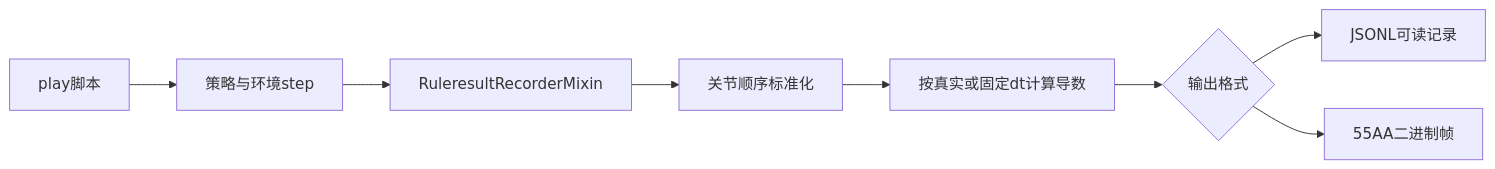
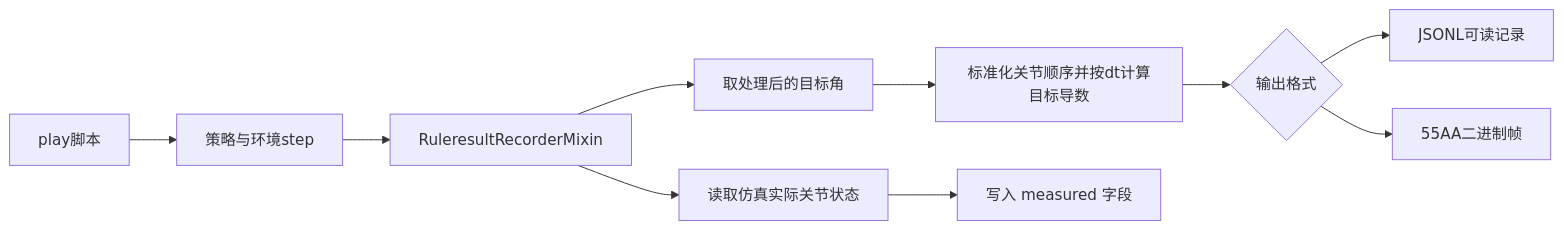
Before and after one commit to Paper-blank/IsaacLab_MyRobot: the fourth of 5 diagrams in IsaacLab-v3.0.0/MY_EXOSKELETON_CODE_GUIDE.zh-CN.md, drawn with Mermaid. The commit also changed other lines of this file and 48 other files, not shown here.

````diff
--- a/IsaacLab-v3.0.0/MY_EXOSKELETON_CODE_GUIDE.zh-CN.md
+++ b/IsaacLab-v3.0.0/MY_EXOSKELETON_CODE_GUIDE.zh-CN.md
@@ -314,10 +323,12 @@
 ```mermaid
 flowchart LR
     A[play脚本] --> B[策略与环境step]
     B --> C[RuleresultRecorderMixin]
-    C --> D[关节顺序标准化]
-    D --> E[按真实或固定dt计算导数]
+    C --> D[取处理后的目标角]
+    D --> E[标准化关节顺序并按dt计算目标导数]
     E --> F{输出格式}
     F --> G[JSONL可读记录]
     F --> H[55AA二进制帧]
+    C --> I[读取仿真实际关节状态]
+    I --> J[写入 measured 字段]
 ```
````
